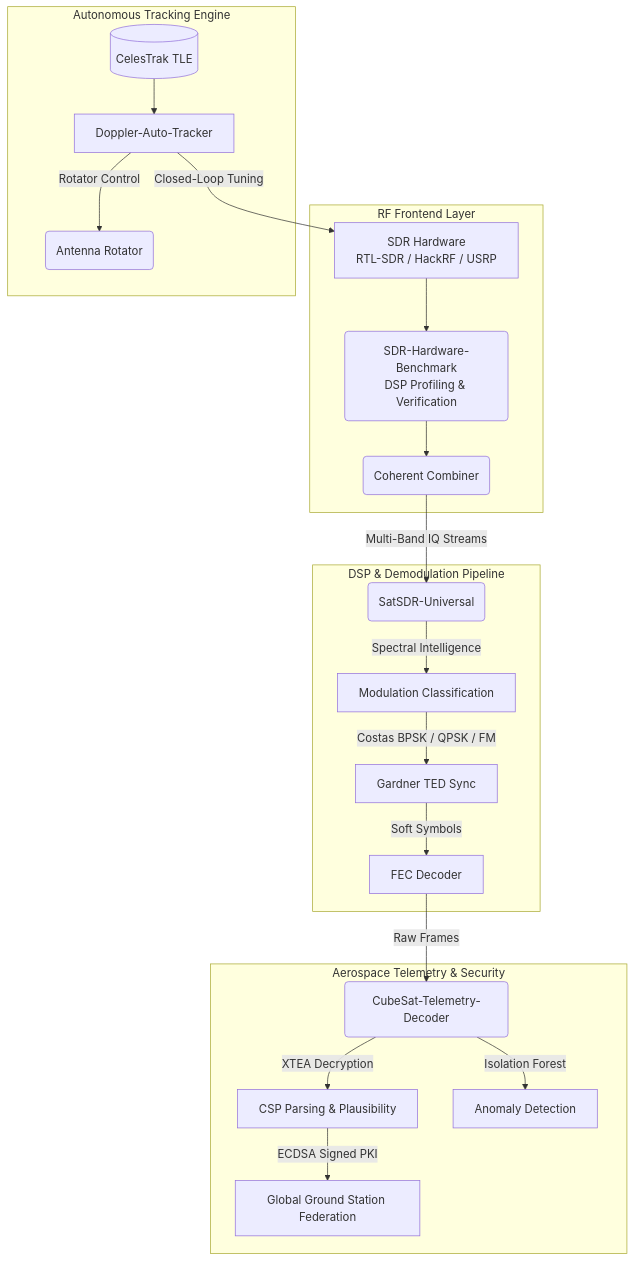
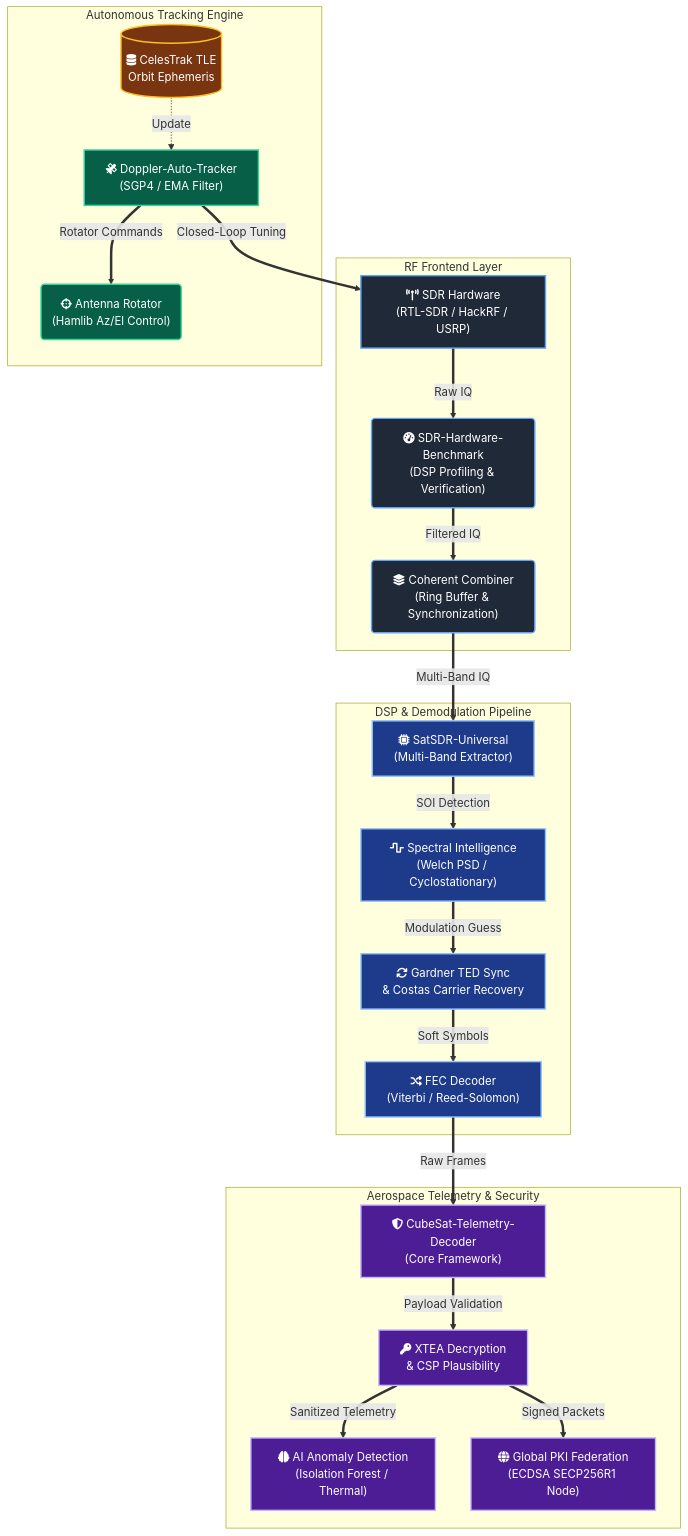
One commit to DynamiX-Labs/SDR-Hardware-Benchmark changed the diagram in README.md. Above: the diagram before and after it, drawn with Mermaid.

Commit message:
docs: Enhance Mermaid Master Architecture diagram with advanced styling

````diff
--- a/README.md
+++ b/README.md
@@ -21,27 +21,52 @@
 ```mermaid
-graph TD
-    subgraph RF Frontend Layer
-        HW[SDR Hardware<br>RTL-SDR / HackRF / USRP] --> BM(SDR-Hardware-Benchmark<br>DSP Profiling & Verification)
-        BM --> COH(Coherent Combiner)
+flowchart TB
+    %% Styling Directives
+    classDef hardware fill:#1f2937,stroke:#60a5fa,stroke-width:2px,color:#fff
+    classDef tracking fill:#065f46,stroke:#34d399,stroke-width:2px,color:#fff
+    classDef dsp fill:#1e3a8a,stroke:#93c5fd,stroke-width:2px,color:#fff
+    classDef telemetry fill:#4c1d95,stroke:#c4b5fd,stroke-width:2px,color:#fff
+    classDef database fill:#78350f,stroke:#fbbf24,stroke-width:2px,color:#fff
+
+    subgraph RF_Layer [RF Frontend Layer]
+        HW["fa:fa-broadcast-tower SDR Hardware<br>(RTL-SDR / HackRF / USRP)"]:::hardware
+        BM("fa:fa-tachometer-alt SDR-Hardware-Benchmark<br>(DSP Profiling & Verification)"):::hardware
+        COH("fa:fa-layer-group Coherent Combiner<br>(Ring Buffer & Synchronization)"):::hardware
+        
+        HW ==>|Raw IQ| BM
+        BM ==>|Filtered IQ| COH
     end
 
-    subgraph Autonomous Tracking Engine
-        TLE[(CelesTrak TLE)] --> DT[Doppler-Auto-Tracker]
-        DT -->|Closed-Loop Tuning| HW
-        DT -->|Rotator Control| ANT(Antenna Rotator)
+    subgraph Auto_Tracking [Autonomous Tracking Engine]
+        TLE[("fa:fa-database CelesTrak TLE<br>Orbit Ephemeris")]:::database
+        DT["fa:fa-satellite Doppler-Auto-Tracker<br>(SGP4 / EMA Filter)"]:::tracking
+        ANT("fa:fa-crosshairs Antenna Rotator<br>(Hamlib Az/El Control)"):::tracking
+
+        TLE -.->|Update| DT
+        DT ==>|Closed-Loop Tuning| HW
+        DT ==>|Rotator Commands| ANT
     end
 
-    subgraph DSP & Demodulation Pipeline
-        COH -->|Multi-Band IQ Streams| SU(SatSDR-Universal)
-        SU -->|Spectral Intelligence| DEMOD[Modulation Classification]
-        DEMOD -->|Costas BPSK / QPSK / FM| SYNC[Gardner TED Sync]
-        SYNC -->|Soft Symbols| VITERBI[FEC Decoder]
+    subgraph DSP_Layer [DSP & Demodulation Pipeline]
+        SU["fa:fa-microchip SatSDR-Universal<br>(Multi-Band Extractor)"]:::dsp
+        SPEC["fa:fa-wave-square Spectral Intelligence<br>(Welch PSD / Cyclostationary)"]:::dsp
+        SYNC["fa:fa-sync Gardner TED Sync<br>& Costas Carrier Recovery"]:::dsp
+        FEC["fa:fa-random FEC Decoder<br>(Viterbi / Reed-Solomon)"]:::dsp
+
+        COH ==>|Multi-Band IQ| SU
+        SU ==>|SOI Detection| SPEC
+        SPEC ==>|Modulation Guess| SYNC
+        SYNC ==>|Soft Symbols| FEC
     end
 
-    subgraph Aerospace Telemetry & Security
-        VITERBI -->|Raw Frames| CTD(CubeSat-Telemetry-Decoder)
-        CTD -->|XTEA Decryption| CSP[CSP Parsing & Plausibility]
-        CSP -->|ECDSA Signed PKI| FED[Global Ground Station Federation]
-        CTD -->|Isolation Forest| ANOMALY[Anomaly Detection]
+    subgraph Telemetry_Layer [Aerospace Telemetry & Security]
+        CTD["fa:fa-shield-alt CubeSat-Telemetry-Decoder<br>(Core Framework)"]:::telemetry
+        CRYPTO["fa:fa-key XTEA Decryption<br>& CSP Plausibility"]:::telemetry
+        ANOMALY["fa:fa-brain AI Anomaly Detection<br>(Isolation Forest / Thermal)"]:::telemetry
+        FED["fa:fa-globe Global PKI Federation<br>(ECDSA SECP256R1 Node)"]:::telemetry
+
+        FEC ==>|Raw Frames| CTD
+        CTD ==>|Payload Validation| CRYPTO
+        CRYPTO ==>|Sanitized Telemetry| ANOMALY
+        CRYPTO ==>|Signed Packets| FED
     end
 ```
````
